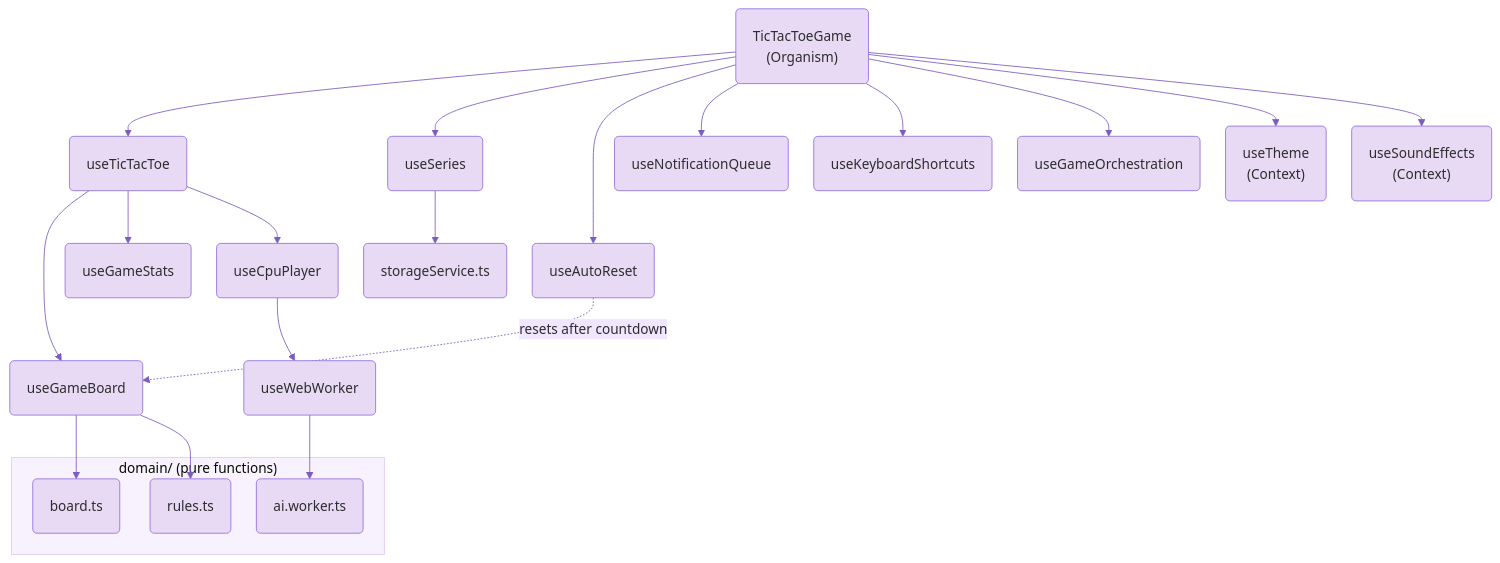
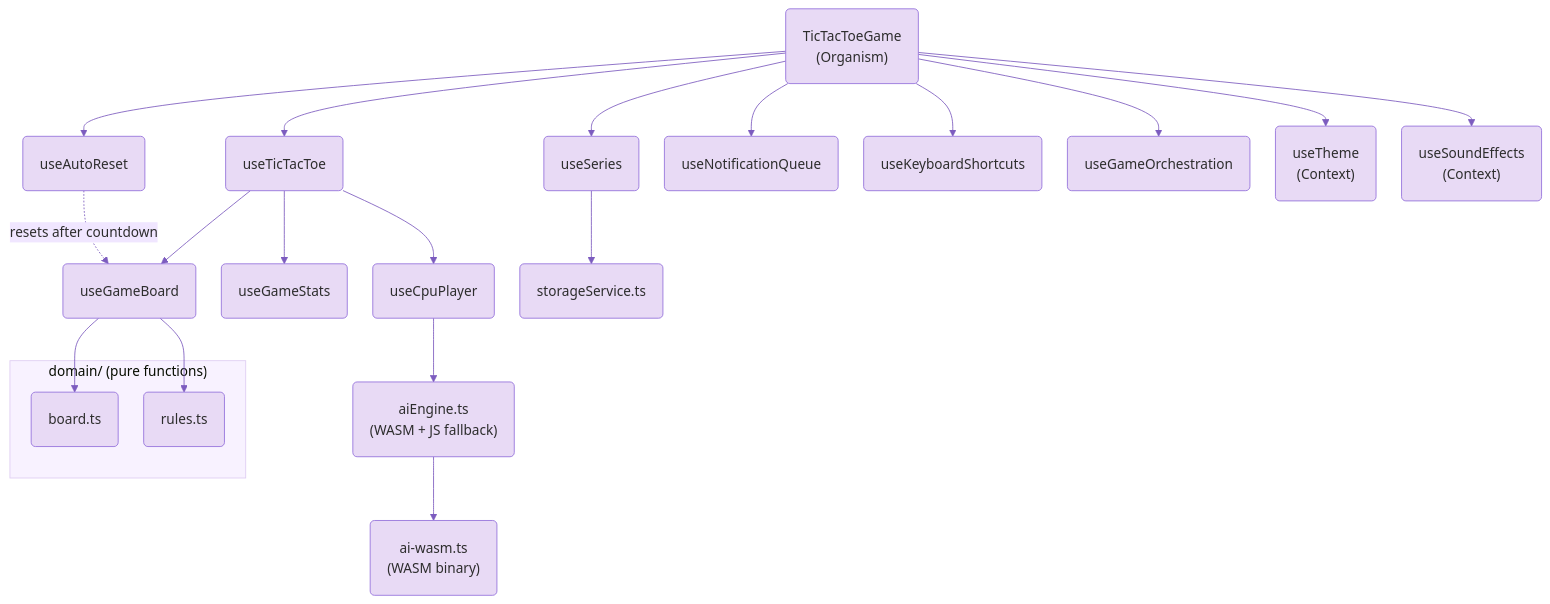
Before and after one commit to scottdreinhart/tictactoe: the second of 9 diagrams in README.md, drawn with Mermaid. The commit also changed other lines of this file and 17 other files, not shown here.

Commit message:
feat: WASM AI engine for all difficulties, eliminate Web Worker, always-force Vite rebuild

````diff
--- a/README.md
+++ b/README.md
@@ -409,32 +411,31 @@
 ```mermaid
 %%{init: {'theme': 'base', 'themeVariables': {'primaryColor': '#e8daf5', 'primaryTextColor': '#2d2d2d', 'primaryBorderColor': '#9370DB', 'lineColor': '#7c5cbf', 'secondaryColor': '#f0e6ff', 'tertiaryColor': '#f8f2ff', 'fontFamily': 'system-ui'}, 'flowchart': {'nodeSpacing': 30, 'rankSpacing': 50, 'padding': 20, 'htmlLabels': true}}}%%
 graph TD
   TicTacToeGame("TicTacToeGame<br/>(Organism)")
 
   TicTacToeGame --> useTicTacToe("useTicTacToe")
   TicTacToeGame --> useSeries("useSeries")
   TicTacToeGame --> useAutoReset("useAutoReset")
   TicTacToeGame --> useNotificationQueue("useNotificationQueue")
   TicTacToeGame --> useKeyboardShortcuts("useKeyboardShortcuts")
   TicTacToeGame --> useGameOrchestration("useGameOrchestration")
   TicTacToeGame --> useTheme("useTheme<br/>(Context)")
   TicTacToeGame --> useSoundEffects("useSoundEffects<br/>(Context)")
 
   useTicTacToe --> useGameBoard("useGameBoard")
   useTicTacToe --> useGameStats("useGameStats")
   useTicTacToe --> useCpuPlayer("useCpuPlayer")
 
   useGameBoard --> board_ts("board.ts")
   useGameBoard --> rules_ts("rules.ts")
-  useCpuPlayer --> useWebWorker("useWebWorker")
-  useWebWorker --> ai_worker("ai.worker.ts")
+  useCpuPlayer --> aiEngine("aiEngine.ts<br/>(WASM + JS fallback)")
+  aiEngine --> wasm("ai-wasm.ts<br/>(WASM binary)")
 
   useSeries --> storageService("storageService.ts")
   useAutoReset -.->|resets after countdown| useGameBoard
 
   subgraph Domain["domain/ (pure functions)"]
     board_ts
     rules_ts
-    ai_worker
   end
 ```
````
